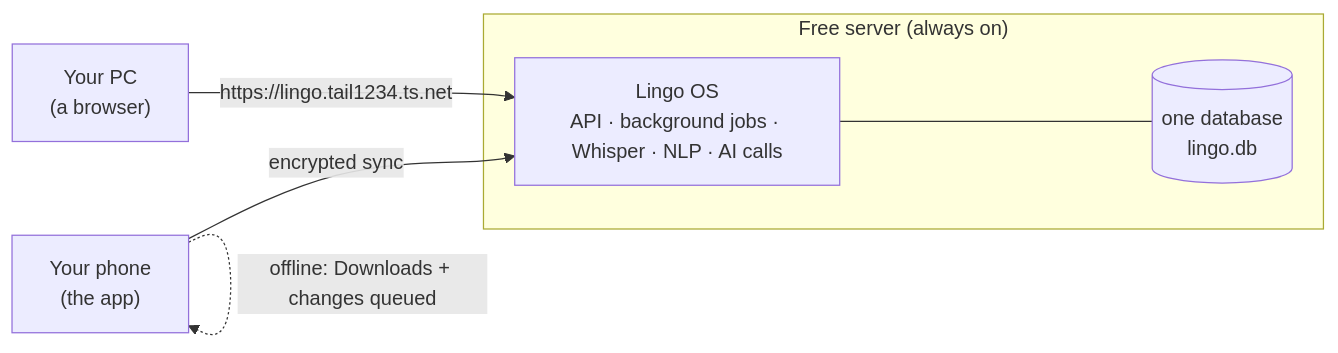
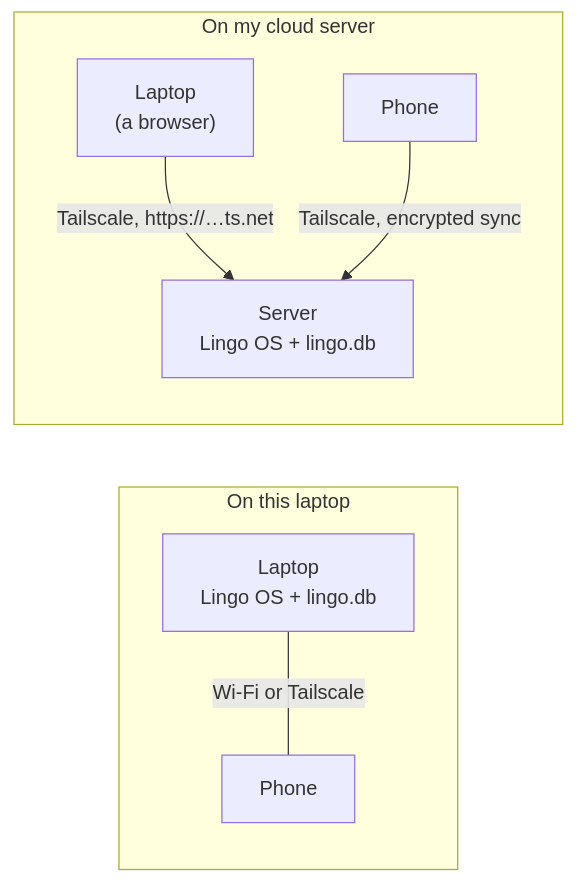
The diagram in docs/DEPLOY.md (proy9714/lingo-os), drawn with Mermaid before and after one commit. The commit also changed other lines of this file and 20 other files, not shown here.

First line of the commit message:
Run on a cloud server or on the laptop: a setting, self-updating server, setup guide

````diff
--- a/docs/DEPLOY.md
+++ b/docs/DEPLOY.md
@@ -29,11 +19,11 @@
 ```mermaid
 flowchart LR
-  subgraph Server["Free server (always on)"]
-    App["Lingo OS<br/>API · background jobs · Whisper · NLP · AI calls"]
-    DB[("one database<br/>lingo.db")]
-    App --- DB
+  subgraph Local["On this laptop"]
+    L1["Laptop<br/>Lingo OS + lingo.db"] -- "Wi-Fi or Tailscale" --- P1["Phone"]
   end
-  PC["Your PC<br/>(a browser)"] -- "https://lingo.tail1234.ts.net" --> App
-  Phone["Your phone<br/>(the app)"] -- "encrypted sync" --> App
-  Phone -. "offline: Downloads + changes queued" .-> Phone
+  subgraph Cloud["On my cloud server"]
+    S["Server<br/>Lingo OS + lingo.db"]
+    L2["Laptop<br/>(a browser)"] -- "Tailscale, https://…ts.net" --> S
+    P2["Phone"] -- "Tailscale, encrypted sync" --> S
+  end
 ```
````
